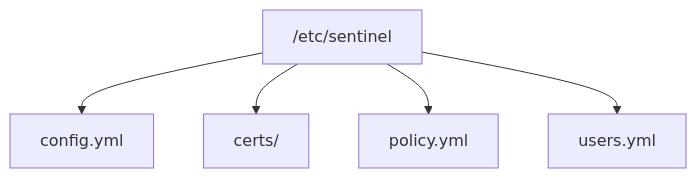
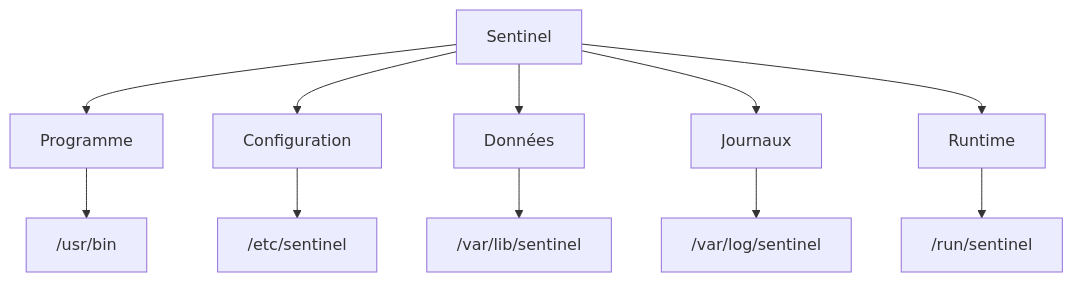
One commit to tdelaclos/formations changed diagram 13 of 15 in campagne 1/1.6.md. Above: the diagram before and after it, drawn with Mermaid. The commit also changed other lines of this file, not shown here.

````diff
--- a/campagne 1/1.6.md
+++ b/campagne 1/1.6.md
@@ -776,13 +806,25 @@
 ```mermaid
 flowchart TD
 
-A["/etc/sentinel"]
+A["Sentinel"]
 
-A --> B["config.yml"]
+A --> B["Programme"]
 
-A --> C["certs/"]
+A --> C["Configuration"]
 
-A --> D["policy.yml"]
+A --> D["Données"]
 
-A --> E["users.yml"]
+A --> E["Journaux"]
+
+A --> F["Runtime"]
+
+B --> G["/usr/bin"]
+
+C --> H["/etc/sentinel"]
+
+D --> I["/var/lib/sentinel"]
+
+E --> J["/var/log/sentinel"]
+
+F --> K["/run/sentinel"]
 ```
````
